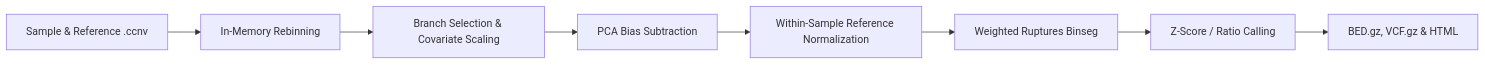
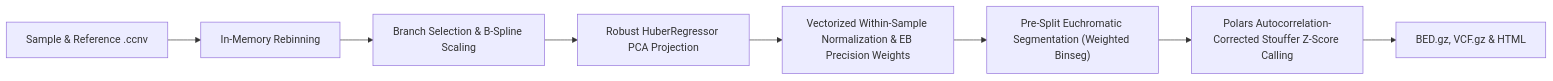
One commit to matthdsm/ccnv changed the third of 3 diagrams in docs/cli.md. Above: the diagram before and after it, drawn with Mermaid. The commit also changed other lines of this file and 47 other files, not shown here.

````diff
--- a/docs/cli.md
+++ b/docs/cli.md
@@ -137,10 +137,10 @@
 ```mermaid
 flowchart LR
     A["Sample & Reference .ccnv"] --> B["In-Memory Rebinning"]
-    B --> C["Branch Selection & Covariate Scaling"]
-    C --> D["PCA Bias Subtraction"]
-    D --> E["Within-Sample Reference Normalization"]
-    E --> F["Weighted Ruptures Binseg"]
-    F --> G["Z-Score / Ratio Calling"]
+    B --> C["Branch Selection & B-Spline Scaling"]
+    C --> D["Robust HuberRegressor PCA Projection"]
+    D --> E["Vectorized Within-Sample Normalization & EB Precision Weights"]
+    E --> F["Pre-Split Euchromatic Segmentation (Weighted Binseg)"]
+    F --> G["Polars Autocorrelation-Corrected Stouffer Z-Score Calling"]
     G --> H["BED.gz, VCF.gz & HTML"]
 ```
````
